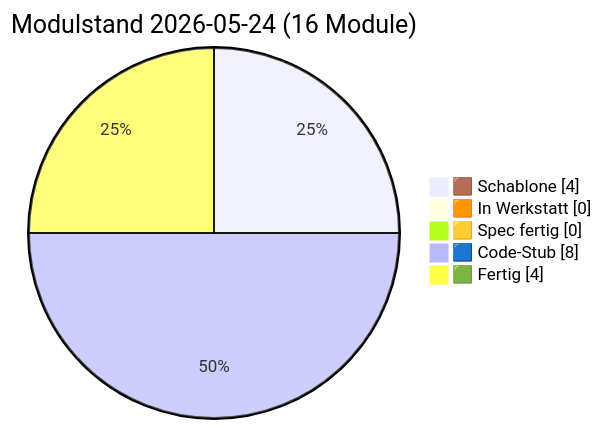
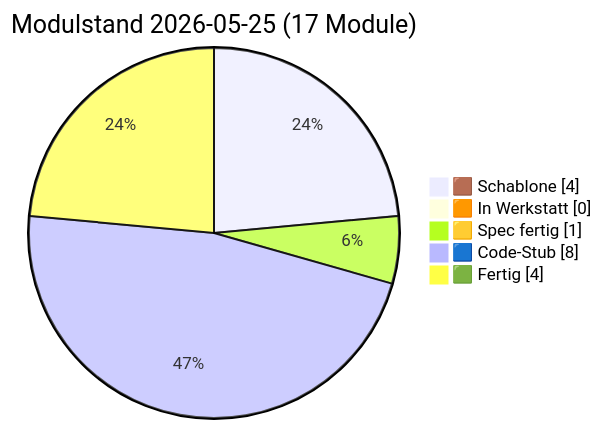
Before and after one commit to lausiklauskn-png/Sage-Protokol: the diagram in docs/PULS.md, drawn with Mermaid. The commit also changed other lines of this file and 10 other files, not shown here.

````diff
--- a/docs/PULS.md
+++ b/docs/PULS.md
@@ -21,9 +21,9 @@
 ```mermaid
 pie showData
-  title Modulstand 2026-05-24 (16 Module)
+  title Modulstand 2026-05-25 (17 Module)
   "🟫 Schablone" : 4
   "🟧 In Werkstatt" : 0
-  "🟨 Spec fertig" : 0
+  "🟨 Spec fertig" : 1
   "🟦 Code-Stub" : 8
   "🟩 Fertig" : 4
 ```
````
